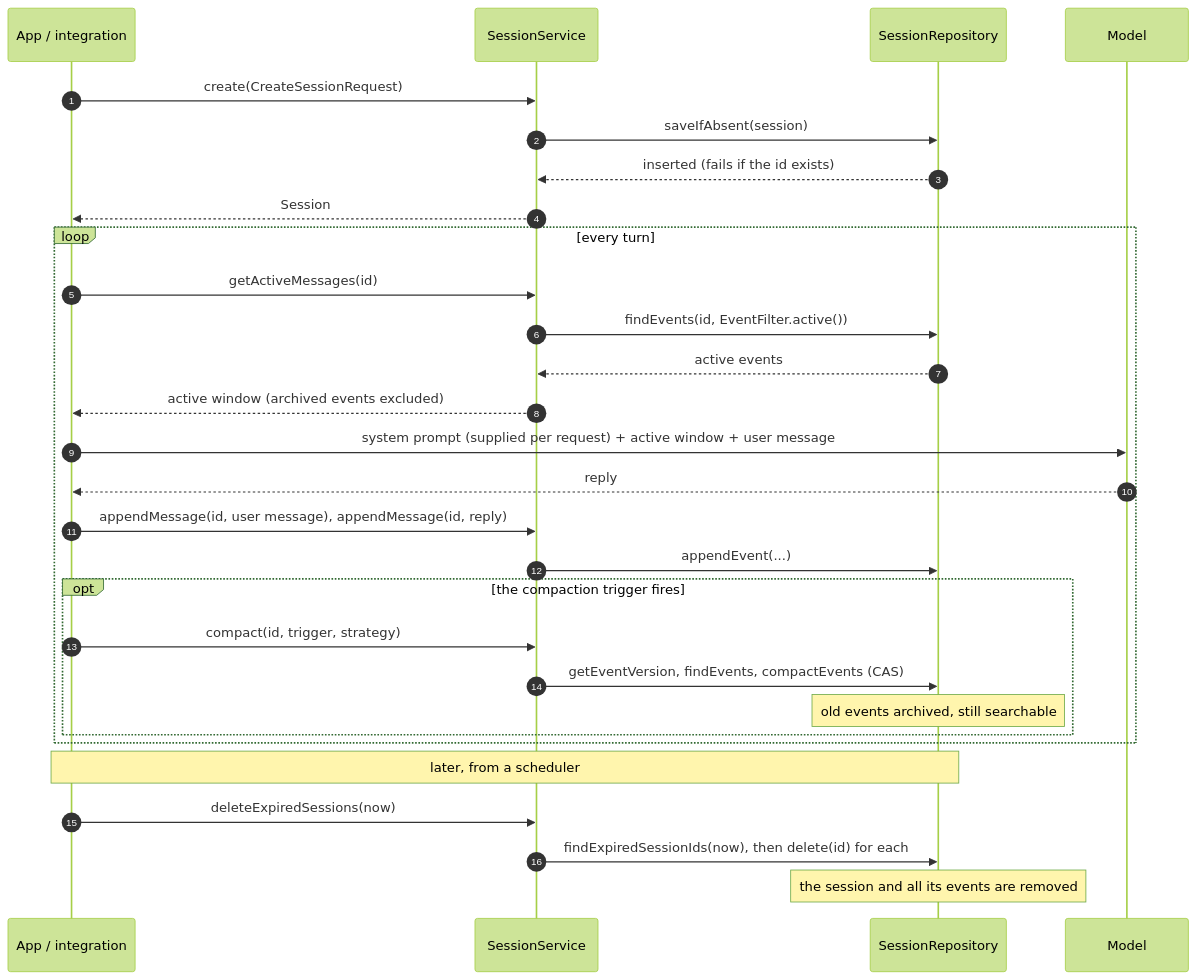
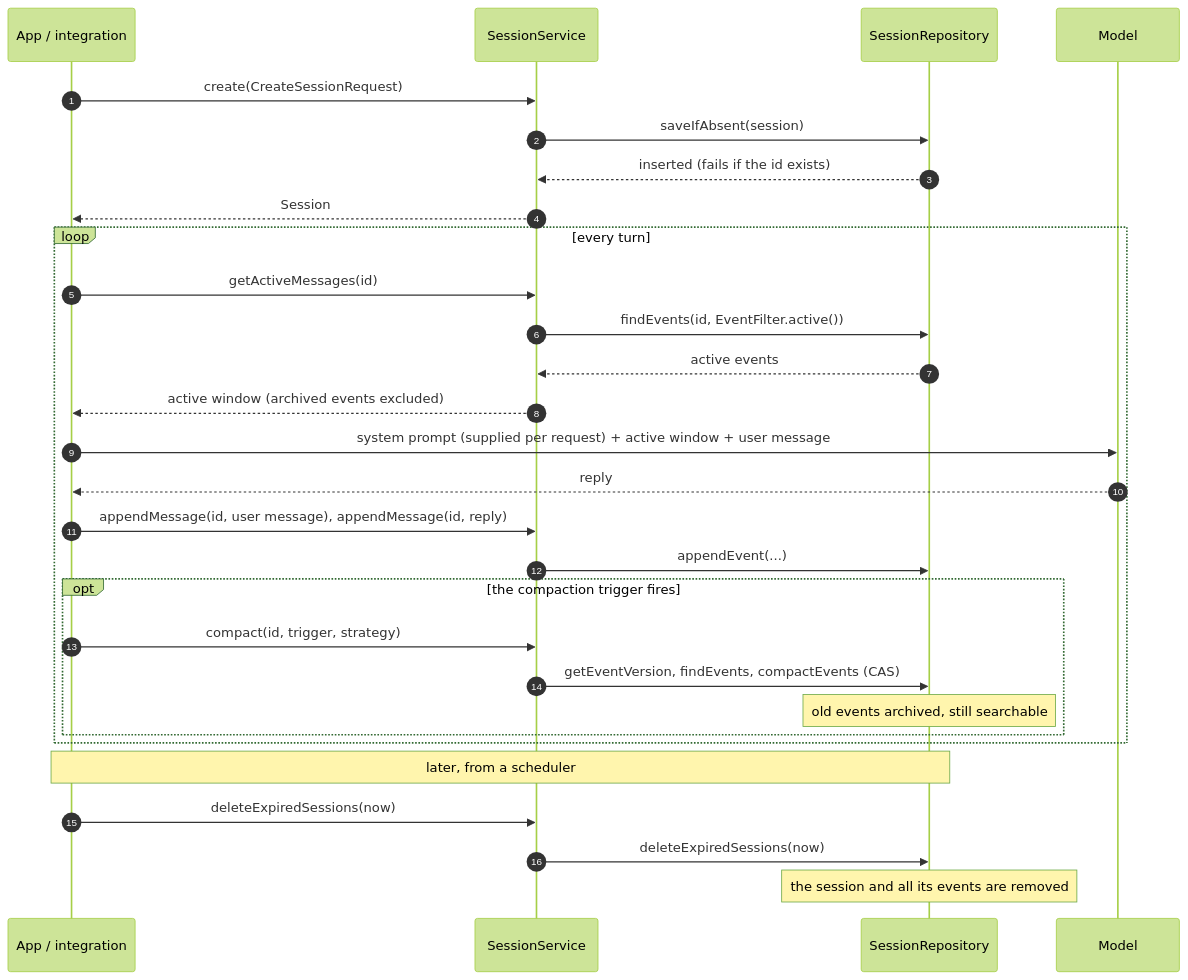
Before and after one commit to andotorg/spring-ai-session: the third of 3 diagrams in docs/session-management/concepts.md, drawn with Mermaid (forest theme). The commit also changed other lines of this file and 11 other files, not shown here.

First line of the commit message:
Make JDBC replays and expired-session cleanup safe under concurrency (#60)

````diff
--- a/docs/session-management/concepts.md
+++ b/docs/session-management/concepts.md
@@ -335,34 +335,34 @@
 ```mermaid
 sequenceDiagram
     autonumber
     participant App as App / integration
     participant Svc as SessionService
     participant Repo as SessionRepository
     participant LLM as Model
 
     App->>Svc: create(CreateSessionRequest)
     Svc->>Repo: saveIfAbsent(session)
     Repo-->>Svc: inserted (fails if the id exists)
     Svc-->>App: Session
 
     loop every turn
         App->>Svc: getActiveMessages(id)
         Svc->>Repo: findEvents(id, EventFilter.active())
         Repo-->>Svc: active events
         Svc-->>App: active window (archived events excluded)
         App->>LLM: system prompt (supplied per request) + active window + user message
         LLM-->>App: reply
         App->>Svc: appendMessage(id, user message), appendMessage(id, reply)
         Svc->>Repo: appendEvent(...)
         opt the compaction trigger fires
             App->>Svc: compact(id, trigger, strategy)
             Svc->>Repo: getEventVersion, findEvents, compactEvents (CAS)
             Note over Repo: old events archived, still searchable
         end
     end
 
     Note over App,Repo: later, from a scheduler
     App->>Svc: deleteExpiredSessions(now)
-    Svc->>Repo: findExpiredSessionIds(now), then delete(id) for each
+    Svc->>Repo: deleteExpiredSessions(now)
     Note over Repo: the session and all its events are removed
 ```
````
